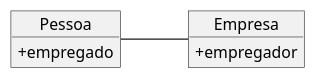
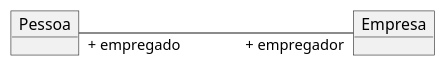
One commit to kyriosdata/oo changed the diagram in Imagens/modelos-01/imagem-13/mod01ima13.plantuml. Above: the diagram before and after it, drawn with PlantUML. The commit also changed 13 other files, not shown here.

```diff
--- a/Imagens/modelos-01/imagem-13/mod01ima13.plantuml
+++ b/Imagens/modelos-01/imagem-13/mod01ima13.plantuml
@@ -1,9 +1,7 @@
 @startuml mod01ima13
 skinparam ClassAttributeIconSize 0
 object "Pessoa" as o1
 object "Empresa" as o2
 left to right direction
-o1 : + empregado
-o2 : + empregador
-o1 -- o2
+o1"+ empregado" ----- "+ empregador"o2
 @enduml
```
